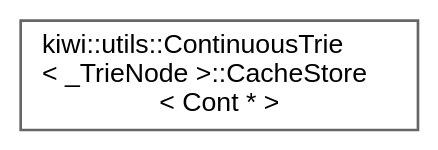
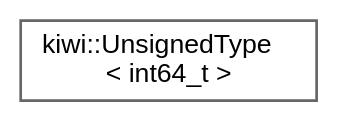
Before and after one commit to bab2min/Kiwi: the diagram in inherit_graph_110.dot, drawn with Graphviz. The commit also changed 150 other files, not shown here.

```diff
--- a/inherit_graph_110.dot
+++ b/inherit_graph_110.dot
@@ -1,9 +1,9 @@
 digraph "Graphical Class Hierarchy"
 {
  // LATEX_PDF_SIZE
   bgcolor="transparent";
   edge [fontname=Helvetica,fontsize=10,labelfontname=Helvetica,labelfontsize=10];
   node [fontname=Helvetica,fontsize=10,shape=box,height=0.2,width=0.4];
   rankdir="LR";
-  Node0 [id="Node000000",label="kiwi::utils::ContinuousTrie\l\< _TrieNode \>::CacheStore\l\< Cont * \>",height=0.2,width=0.4,color="grey40", fillcolor="white", style="filled",URL="$structkiwi_1_1utils_1_1ContinuousTrie_1_1CacheStore_3_01Cont_01_5_01_4.html",tooltip=" "];
+  Node0 [id="Node000000",label="kiwi::UnsignedType\l\< int64_t \>",height=0.2,width=0.4,color="grey40", fillcolor="white", style="filled",URL="$structkiwi_1_1UnsignedType_3_01int64__t_01_4.html",tooltip=" "];
 }
```
